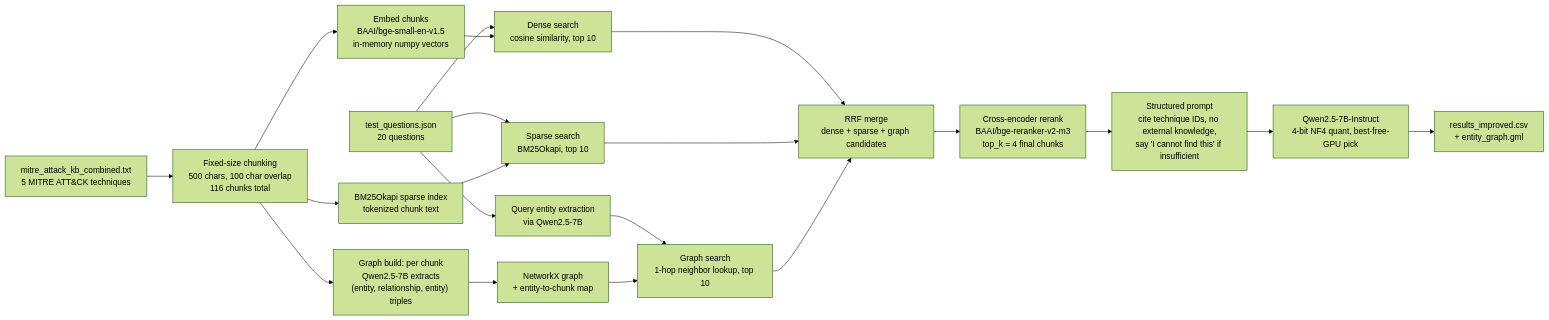
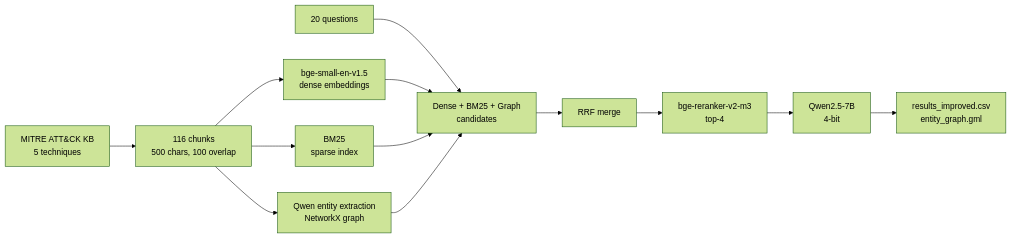
One commit to MustafaMunir123/RAG-Hallucination-Fairness-Evaluation changed the second of 2 diagrams in README.md. Above: the diagram before and after it, drawn with Mermaid (forest theme). The commit also changed other lines of this file, not shown here.

Commit message:
add flow diagrams

````diff
--- a/README.md
+++ b/README.md
@@ -18,22 +15,15 @@
 ```mermaid
 flowchart LR
-    A["mitre_attack_kb_combined.txt<br/>5 MITRE ATT&CK techniques"] --> B["Fixed-size chunking<br/>500 chars, 100 char overlap<br/>116 chunks total"]
-    B --> C["Embed chunks<br/>BAAI/bge-small-en-v1.5<br/>in-memory numpy vectors"]
-    B --> D["BM25Okapi sparse index<br/>tokenized chunk text"]
-    B --> E["Graph build: per chunk<br/>Qwen2.5-7B extracts<br/>(entity, relationship, entity) triples"]
-    E --> F["NetworkX graph<br/>+ entity-to-chunk map"]
-    G["test_questions.json<br/>20 questions"] --> H["Dense search<br/>cosine similarity, top 10"]
-    C --> H
-    G --> I["Sparse search<br/>BM25Okapi, top 10"]
-    D --> I
-    G --> J["Query entity extraction<br/>via Qwen2.5-7B"]
-    J --> K["Graph search<br/>1-hop neighbor lookup, top 10"]
-    F --> K
-    H --> L["RRF merge<br/>dense + sparse + graph candidates"]
-    I --> L
-    K --> L
-    L --> M["Cross-encoder rerank<br/>BAAI/bge-reranker-v2-m3<br/>top_k = 4 final chunks"]
-    M --> N["Structured prompt<br/>cite technique IDs, no external knowledge,<br/>say 'I cannot find this' if insufficient"]
-    N --> O["Qwen2.5-7B-Instruct<br/>4-bit NF4 quant, best-free-GPU pick"]
-    O --> P["results_improved.csv<br/>+ entity_graph.gml"]
+    A["MITRE ATT&CK KB<br/>5 techniques"] --> B["116 chunks<br/>500 chars, 100 overlap"]
+    B --> C["bge-small-en-v1.5<br/>dense embeddings"]
+    B --> D["BM25<br/>sparse index"]
+    B --> E["Qwen entity extraction<br/>NetworkX graph"]
+    Q["20 questions"] --> F["Dense + BM25 + Graph<br/>candidates"]
+    C --> F
+    D --> F
+    E --> F
+    F --> G["RRF merge"]
+    G --> H["bge-reranker-v2-m3<br/>top-4"]
+    H --> I["Qwen2.5-7B<br/>4-bit"]
+    I --> J["results_improved.csv<br/>entity_graph.gml"]
 ```
````
